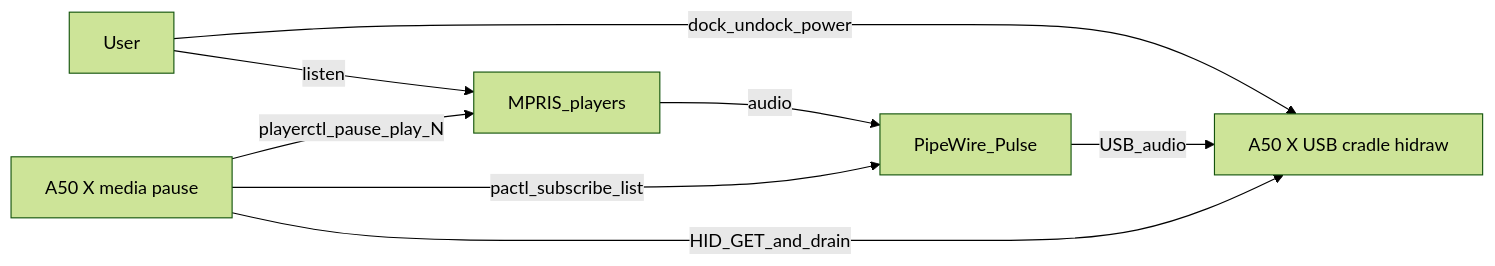
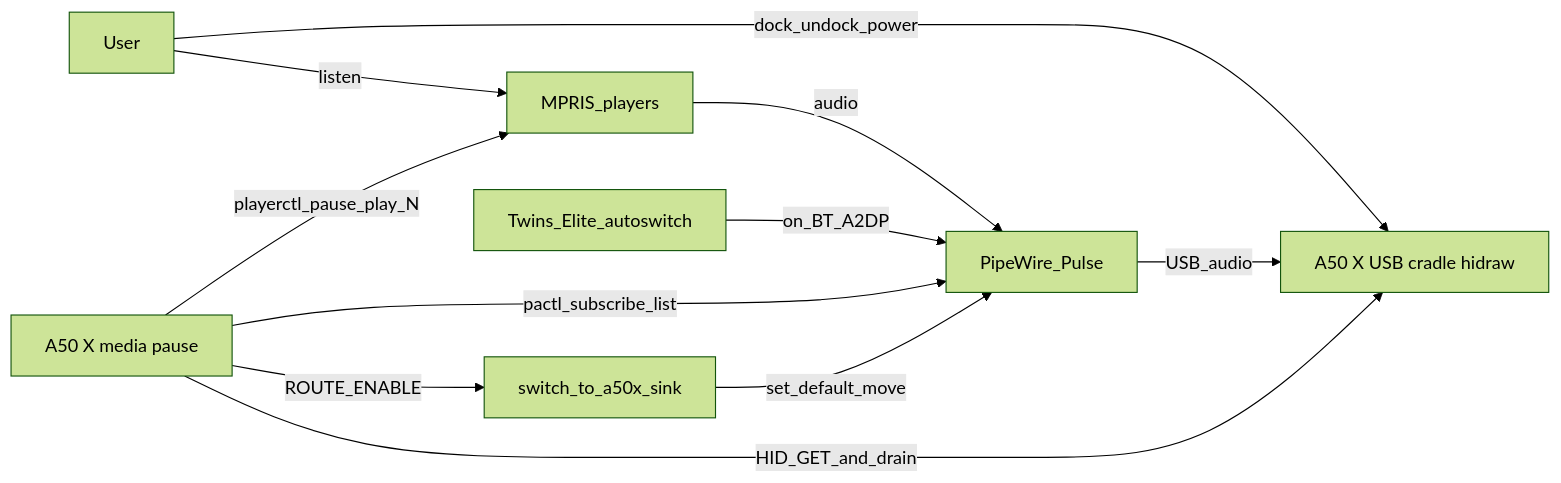
Before and after one commit to alkitect/astro-a50x-media-pause: the first of 3 diagrams in docs/architecture/a50x-spotify-pause.md, drawn with Mermaid (forest theme). The commit also changed other lines of this file and 17 other files, not shown here.

First line of the commit message:
feat: optional PipeWire default-sink routing on undock/soft-on

````diff
--- a/docs/architecture/a50x-spotify-pause.md
+++ b/docs/architecture/a50x-spotify-pause.md
@@ -19,15 +21,20 @@
 ```mermaid
 flowchart LR
   user[User]
   watcher["A50 X media pause"]
+  route[switch_to_a50x_sink]
   mpris[MPRIS_players]
   pw[PipeWire_Pulse]
   cradle["A50 X USB cradle hidraw"]
+  twins[Twins_Elite_autoswitch]
   user -->|dock_undock_power| cradle
   user -->|listen| mpris
   watcher -->|playerctl_pause_play_N| mpris
   watcher -->|pactl_subscribe_list| pw
+  watcher -->|"ROUTE_ENABLE"| route
+  route -->|set_default_move| pw
+  twins -->|on_BT_A2DP| pw
   mpris -->|audio| pw
   pw -->|USB_audio| cradle
   watcher -->|HID_GET_and_drain| cradle
 ```
````
